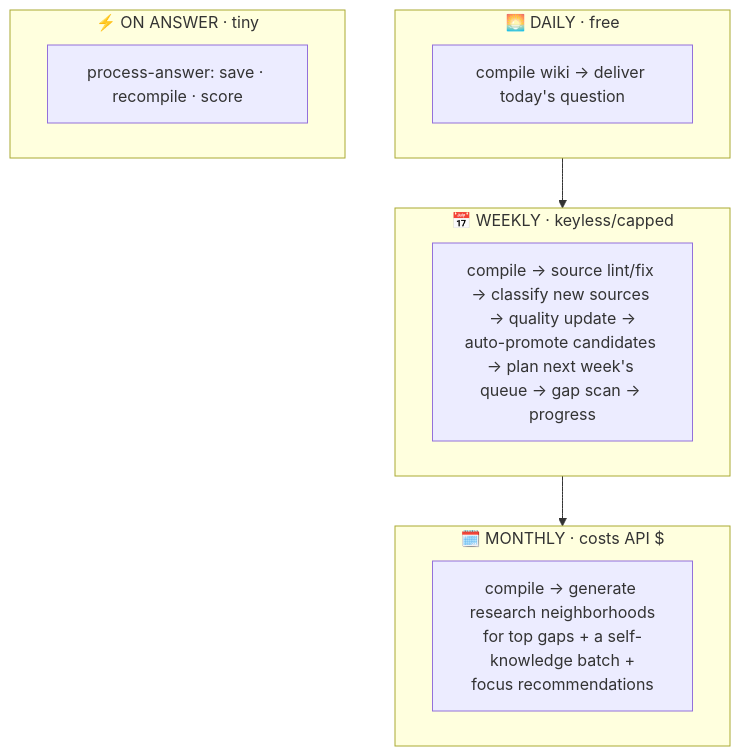
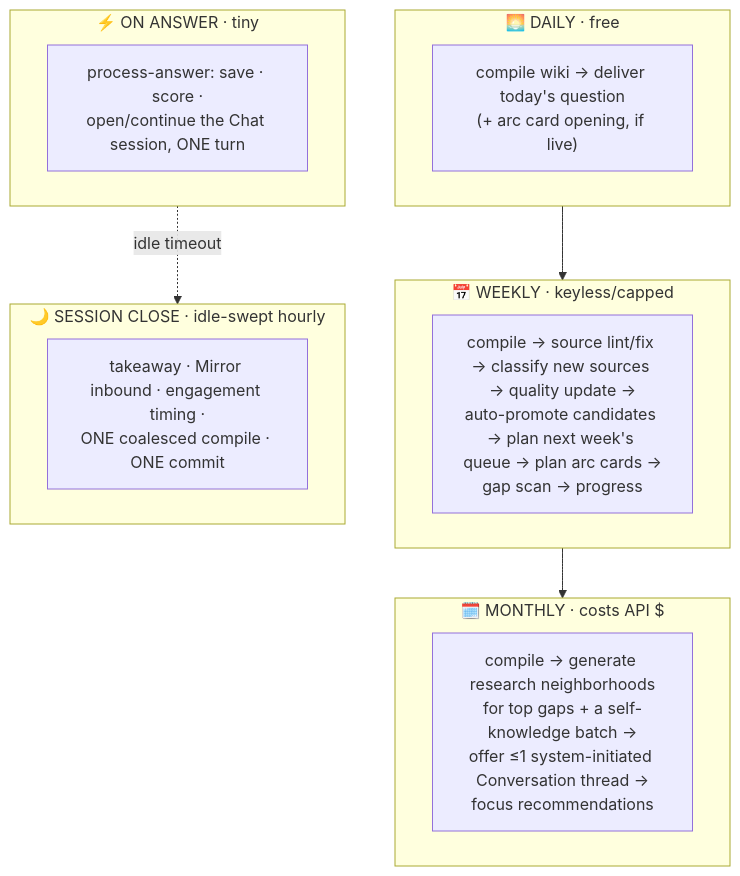
Before and after one commit to lifehug/lifehug: the ninth of 9 diagrams in README.md, drawn with Mermaid. The commit also changed other lines of this file and 13 other files, not shown here.

````diff
--- a/README.md
+++ b/README.md
@@ -452,16 +484,20 @@
 ```mermaid
 flowchart TB
     subgraph d["🌅 DAILY · free"]
-        D1["compile wiki → deliver today's question"]
+        D1["compile wiki → deliver today's question<br/>(+ arc card opening, if live)"]
     end
     subgraph w["📅 WEEKLY · keyless/capped"]
-        W1["compile → source lint/fix → classify new sources → quality update →<br/>auto-promote candidates → plan next week's queue → gap scan → progress"]
+        W1["compile → source lint/fix → classify new sources → quality update →<br/>auto-promote candidates → plan next week's queue → plan arc cards →<br/>gap scan → progress"]
     end
     subgraph m["🗓️ MONTHLY · costs API $"]
-        M1["compile → generate research neighborhoods<br/>for top gaps + a self-knowledge batch +<br/>focus recommendations"]
+        M1["compile → generate research neighborhoods<br/>for top gaps + a self-knowledge batch →<br/>offer ≤1 system-initiated Conversation thread →<br/>focus recommendations"]
     end
     subgraph e["⚡ ON ANSWER · tiny"]
-        E1["process-answer: save · recompile · score"]
+        E1["process-answer: save · score ·<br/>open/continue the Chat session, ONE turn"]
+    end
+    subgraph close["🌙 SESSION CLOSE · idle-swept hourly"]
+        C1["takeaway · Mirror inbound · engagement timing ·<br/>ONE coalesced compile · ONE commit"]
     end
     d --> w --> m
+    e -.->|idle timeout| close
 ```
````
